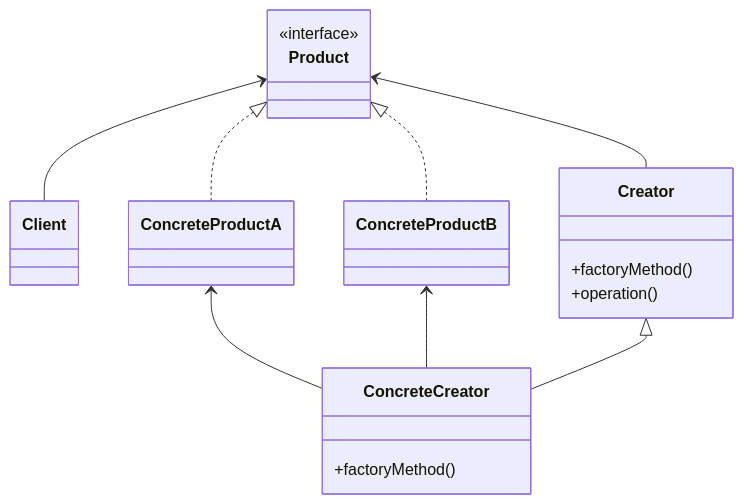
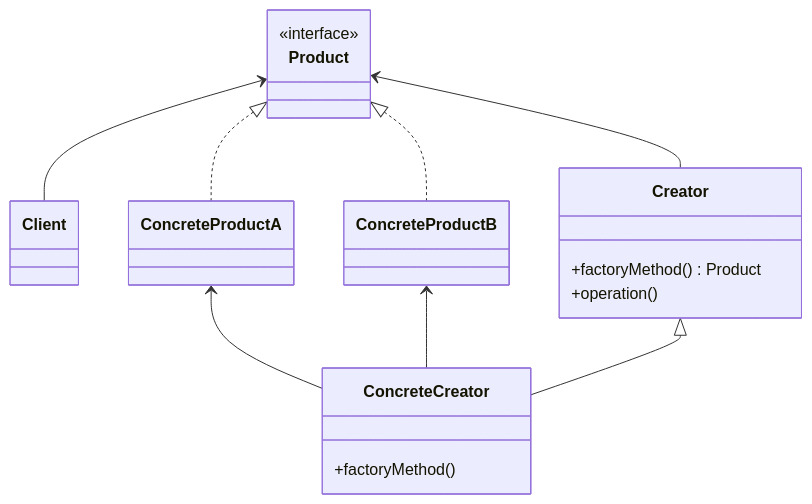
Before and after one commit to RybDim/AppuntiIngegneriaSW: the first of 2 diagrams in FactoryMethod.md, drawn with Mermaid. The commit also changed other lines of this file and 5 other files, not shown here.

````diff
--- a/FactoryMethod.md
+++ b/FactoryMethod.md
@@ -2,20 +13,20 @@
 ```mermaid
 classDiagram
 	class Product
 	<<interface>> Product
 	class Client
 	class ConcreteProductA
 	class ConcreteProductB
 	class Creator
-	Creator: +factoryMethod()
+	Creator: +factoryMethod() Product
 	Creator: +operation()
 	class ConcreteCreator
 	ConcreteCreator: +factoryMethod()
 	Product <-- Client
 	Product <-- Creator
 	Product <|.. ConcreteProductA
 	Product <|.. ConcreteProductB
 	ConcreteProductA <-- ConcreteCreator
 	ConcreteProductB <-- ConcreteCreator
 	Creator <|-- ConcreteCreator
 ```
````
